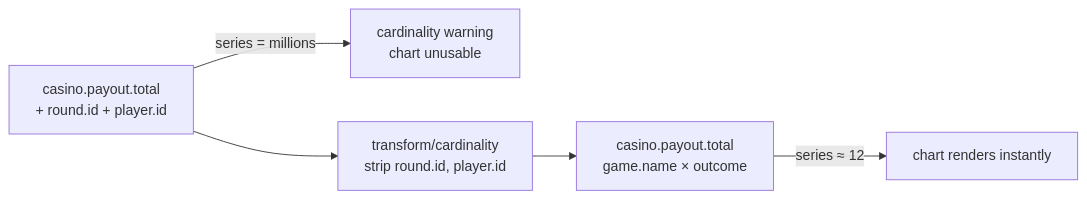
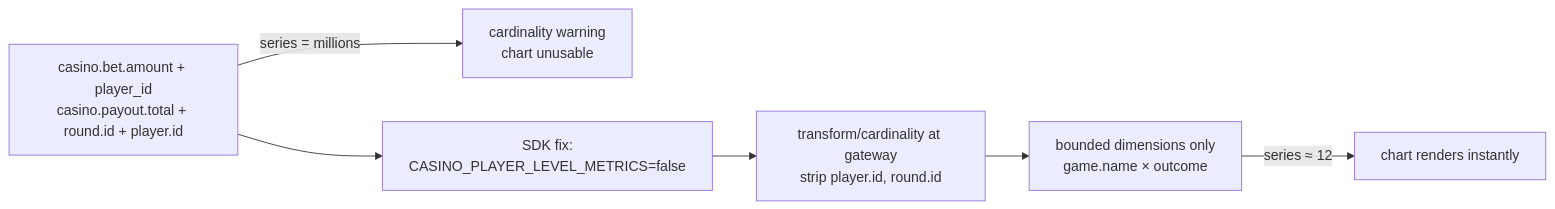
Before and after one commit to agardnerIT/Otel-Training: the diagram in docs-site/advanced/step-5-high-cardinality.md, drawn with Mermaid. The commit also changed other lines of this file and 30 other files, not shown here.

````diff
--- a/docs-site/advanced/step-5-high-cardinality.md
+++ b/docs-site/advanced/step-5-high-cardinality.md
@@ -14,7 +17,8 @@
 ```mermaid
 flowchart LR
-  before["casino.payout.total<br/>+ round.id + player.id"] -->|"series = millions"| warn["cardinality warning<br/>chart unusable"]
-  before --> fix["transform/cardinality<br/>strip round.id, player.id"]
-  fix --> after["casino.payout.total<br/>game.name × outcome"]
+  before["casino.bet.amount + player_id<br/>casino.payout.total + round.id + player.id"] -->|"series = millions"| warn["cardinality warning<br/>chart unusable"]
+  before --> src["SDK fix:<br/>CASINO_PLAYER_LEVEL_METRICS=false"]
+  src --> fix["transform/cardinality at gateway<br/>strip player.id, round.id"]
+  fix --> after["bounded dimensions only<br/>game.name × outcome"]
   after -->|"series ≈ 12"| ok["chart renders instantly"]
 ```
````
